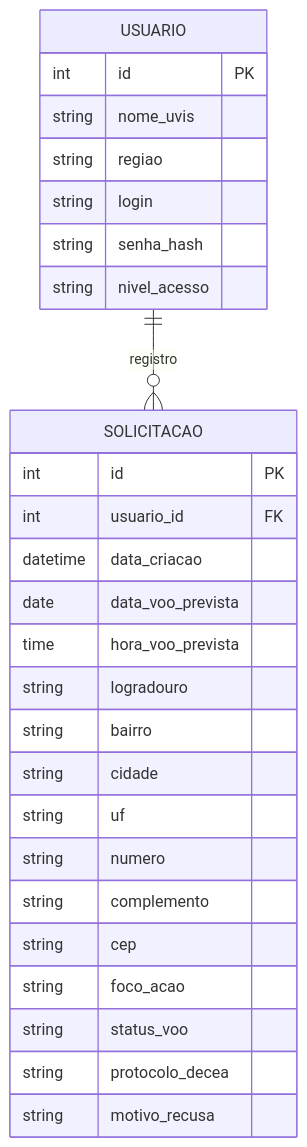
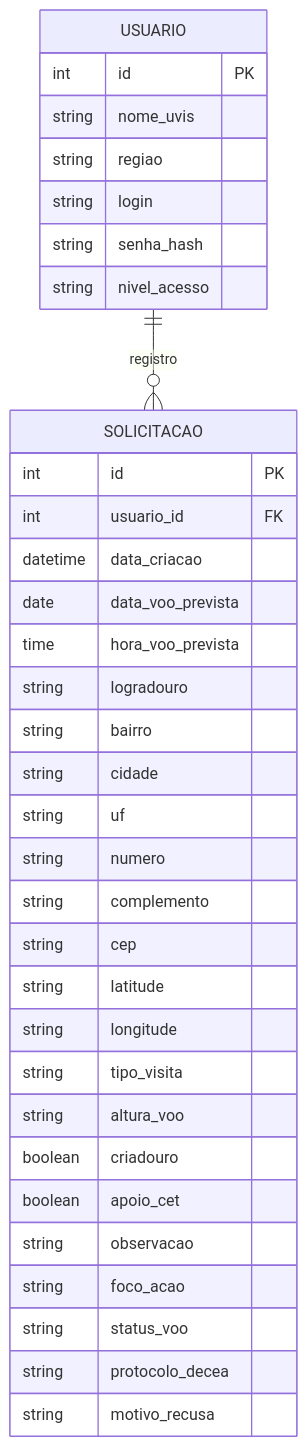
One commit to pedro-cruzz/IJA-drones-cadastro-endereco changed the first of 2 diagrams in README.md. Above: the diagram before and after it, drawn with Mermaid.

Commit message:
Add new fields to the data structure in README

````diff
--- a/README.md
+++ b/README.md
@@ -31,33 +31,40 @@
 ```mermaid
 erDiagram
     USUARIO ||--o{ SOLICITACAO : "registro"
     
     USUARIO {
         int id PK
         string nome_uvis
         string regiao
         string login
         string senha_hash
         string nivel_acesso
     }
 
     SOLICITACAO {
         int id PK
         int usuario_id FK
         datetime data_criacao
         date data_voo_prevista
         time hora_voo_prevista
         string logradouro
         string bairro
         string cidade
         string uf
         string numero
         string complemento
         string cep
+        string latitude
+        string longitude
+        string tipo_visita
+        string altura_voo
+        boolean criadouro
+        boolean apoio_cet
+        string observacao
         string foco_acao
         string status_voo
         string protocolo_decea
         string motivo_recusa
     }
 
 ```
````
